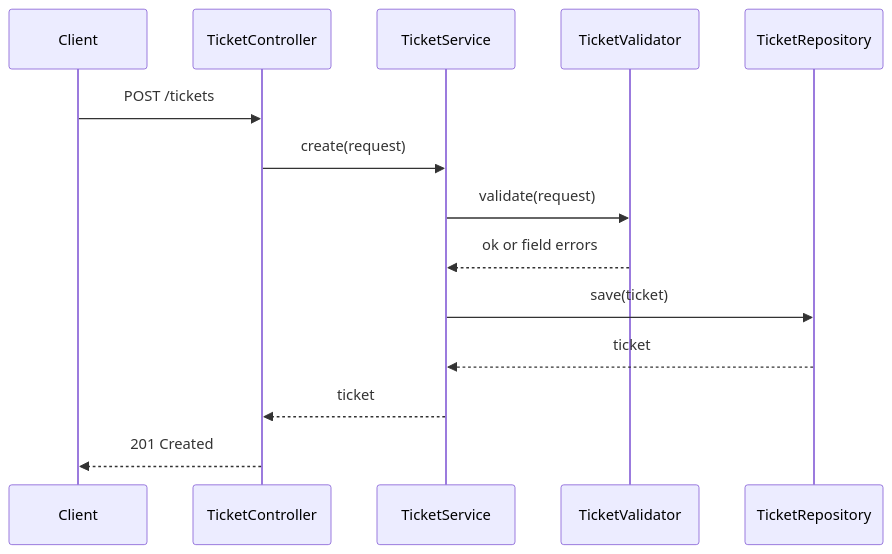
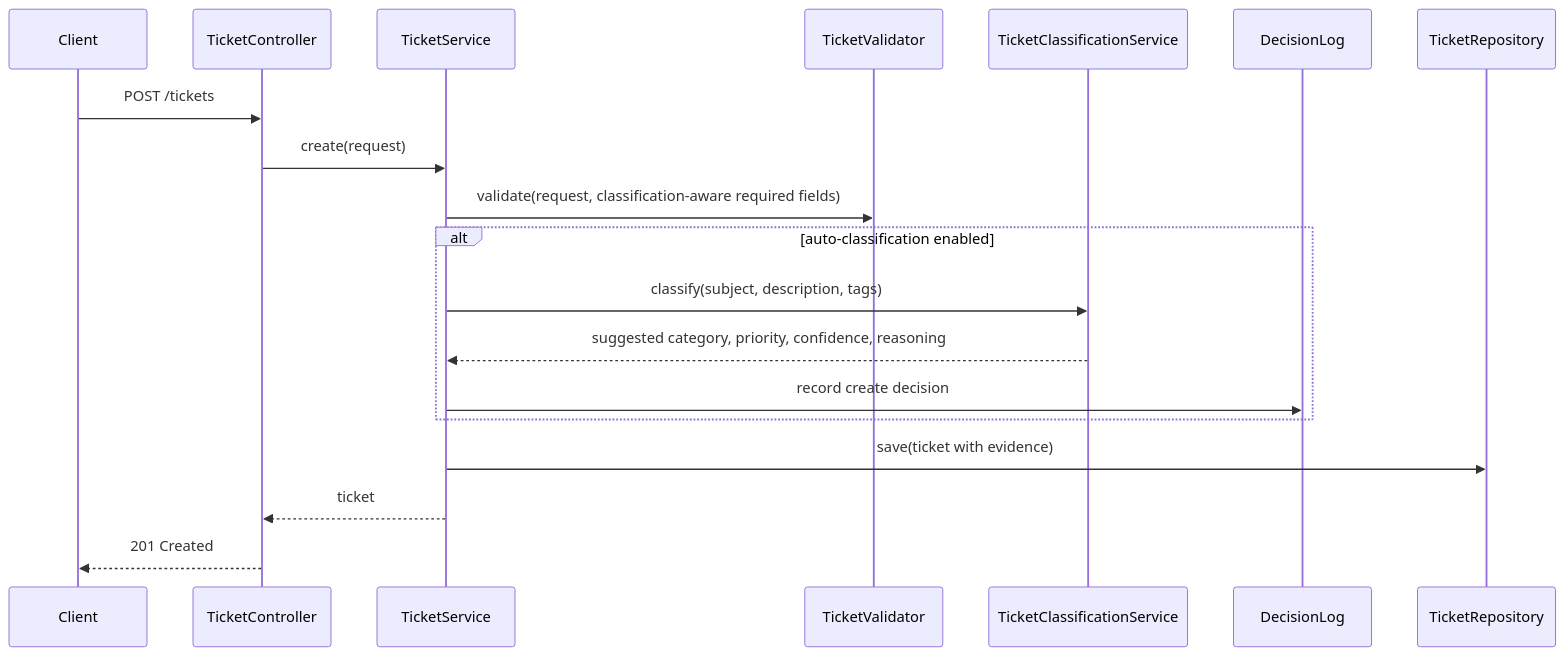
Before and after one commit to itxyzzz/gen-ai-se-hw: the second of 4 diagrams in homework-2/ARCHITECTURE.md, drawn with Mermaid. The commit also changed other lines of this file and 29 other files, not shown here.

Commit message:
feat: implement homework 2 auto-classification

````diff
--- a/homework-2/ARCHITECTURE.md
+++ b/homework-2/ARCHITECTURE.md
@@ -25,16 +29,21 @@
 ```mermaid
 sequenceDiagram
     participant Client
     participant Controller as TicketController
     participant Service as TicketService
     participant Validator as TicketValidator
+    participant Classifier as TicketClassificationService
+    participant Log as DecisionLog
     participant Repo as TicketRepository
     Client->>Controller: POST /tickets
     Controller->>Service: create(request)
-    Service->>Validator: validate(request)
-    Validator-->>Service: ok or field errors
-    Service->>Repo: save(ticket)
-    Repo-->>Service: ticket
+    Service->>Validator: validate(request, classification-aware required fields)
+    alt auto-classification enabled
+        Service->>Classifier: classify(subject, description, tags)
+        Classifier-->>Service: suggested category, priority, confidence, reasoning
+        Service->>Log: record create decision
+    end
+    Service->>Repo: save(ticket with evidence)
     Service-->>Controller: ticket
     Controller-->>Client: 201 Created
 ```
````
